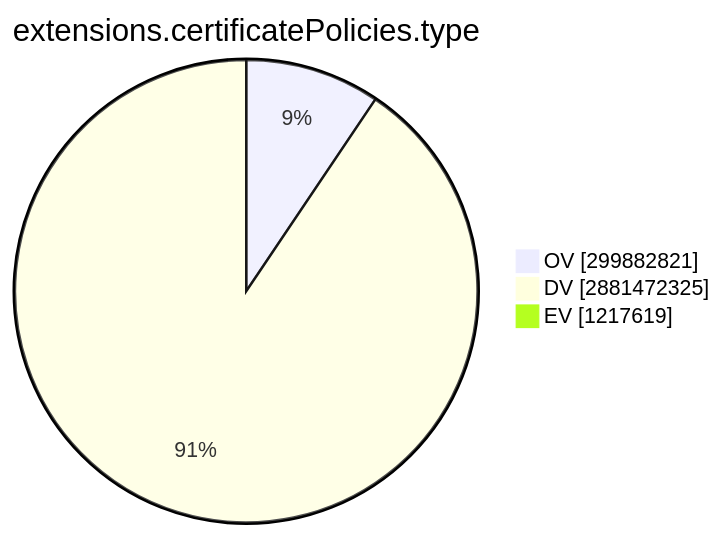
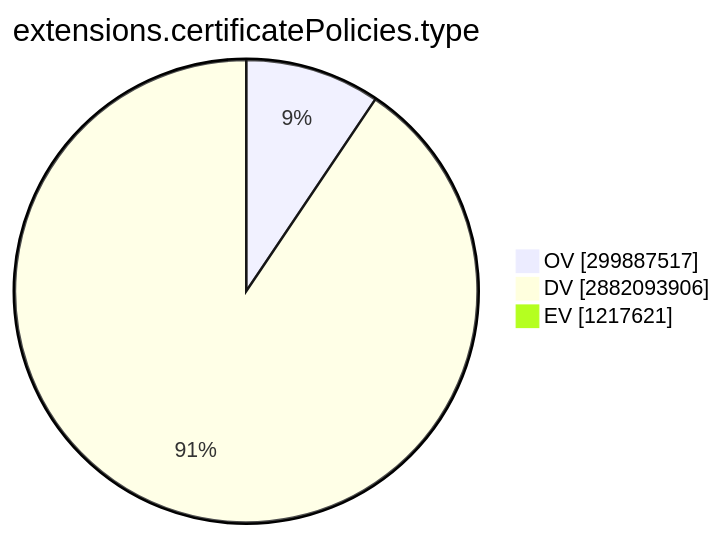
Before and after one commit to christiankrug/ctmonitor_visualization: the ninth of 15 diagrams in TOTAL/README.md, drawn with Mermaid. The commit also changed other lines of this file, not shown here.

````diff
--- a/TOTAL/README.md
+++ b/TOTAL/README.md
@@ -3101,7 +3101,7 @@
 ```mermaid
 pie showData
 title extensions.certificatePolicies.type
-"OV" :299882821
-"DV" :2881472325
-"EV" :1217619
+"OV" :299887517
+"DV" :2882093906
+"EV" :1217621
 ```
````
